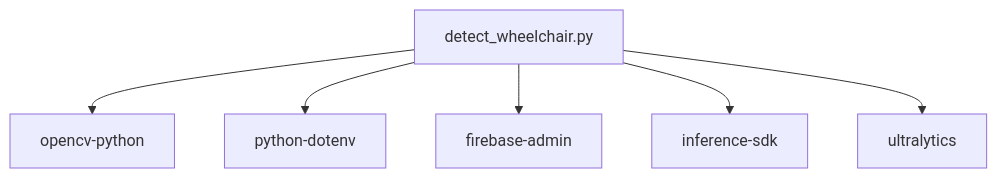
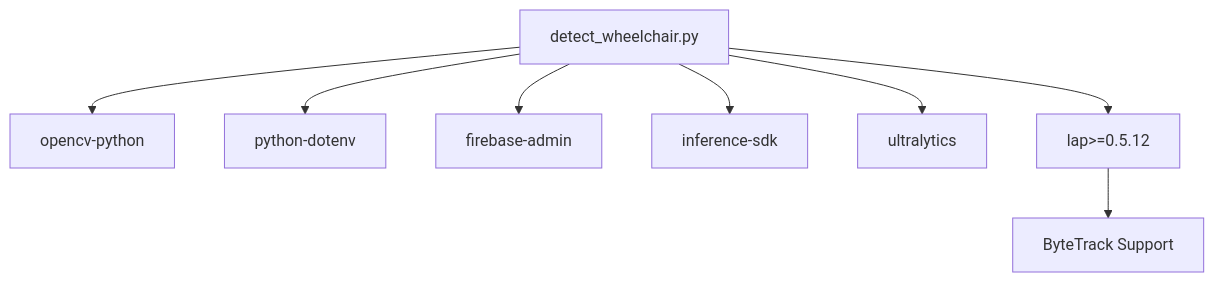
Before and after one commit to rdsarjito/whoosh-ramah: the seventh of 7 diagrams in .qoder/repowiki/en/content/AI Detection System/Detection Pipeline.md, drawn with Mermaid. The commit also changed other lines of this file and 68 other files, not shown here.

````diff
--- a/.qoder/repowiki/en/content/AI Detection System/Detection Pipeline.md
+++ b/.qoder/repowiki/en/content/AI Detection System/Detection Pipeline.md
@@ -294,8 +370,10 @@
 ```mermaid
 graph TB
 A["detect_wheelchair.py"] --> B["opencv-python"]
 A --> C["python-dotenv"]
 A --> D["firebase-admin"]
 A --> E["inference-sdk"]
 A --> F["ultralytics"]
+A --> G["lap>=0.5.12"]
+G --> H["ByteTrack Support"]
 ```
````
